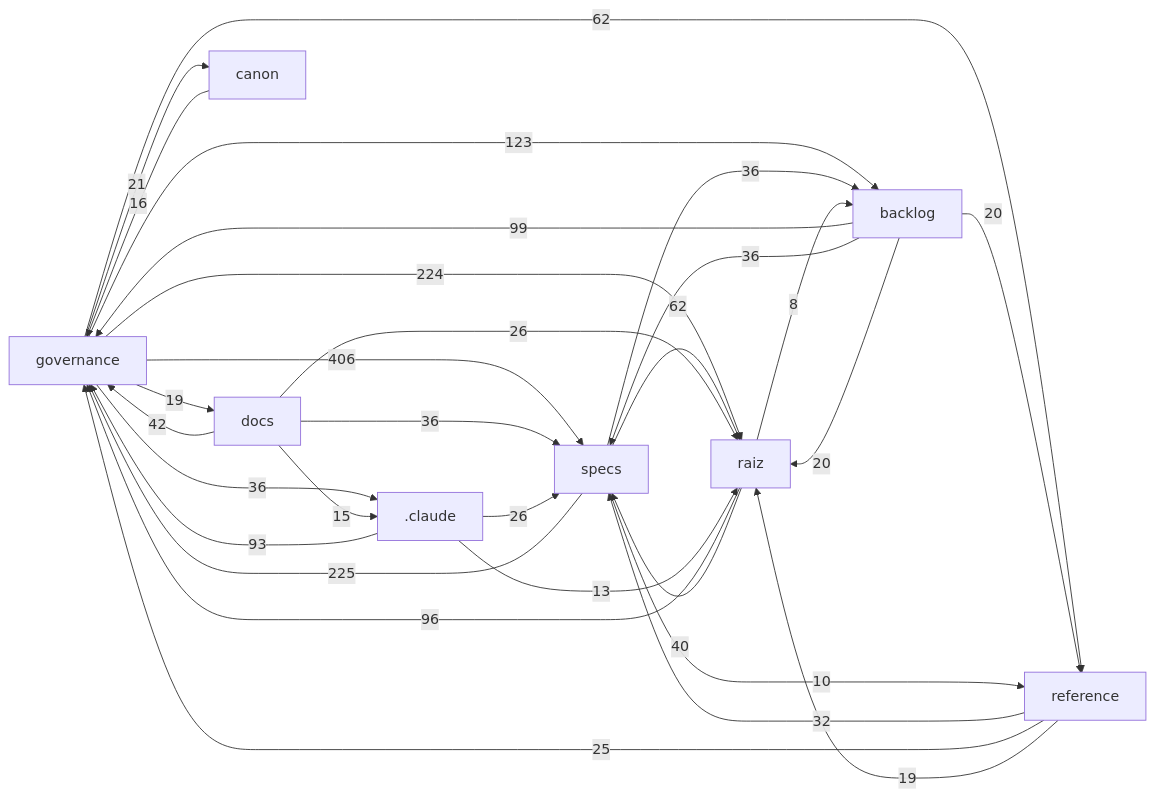
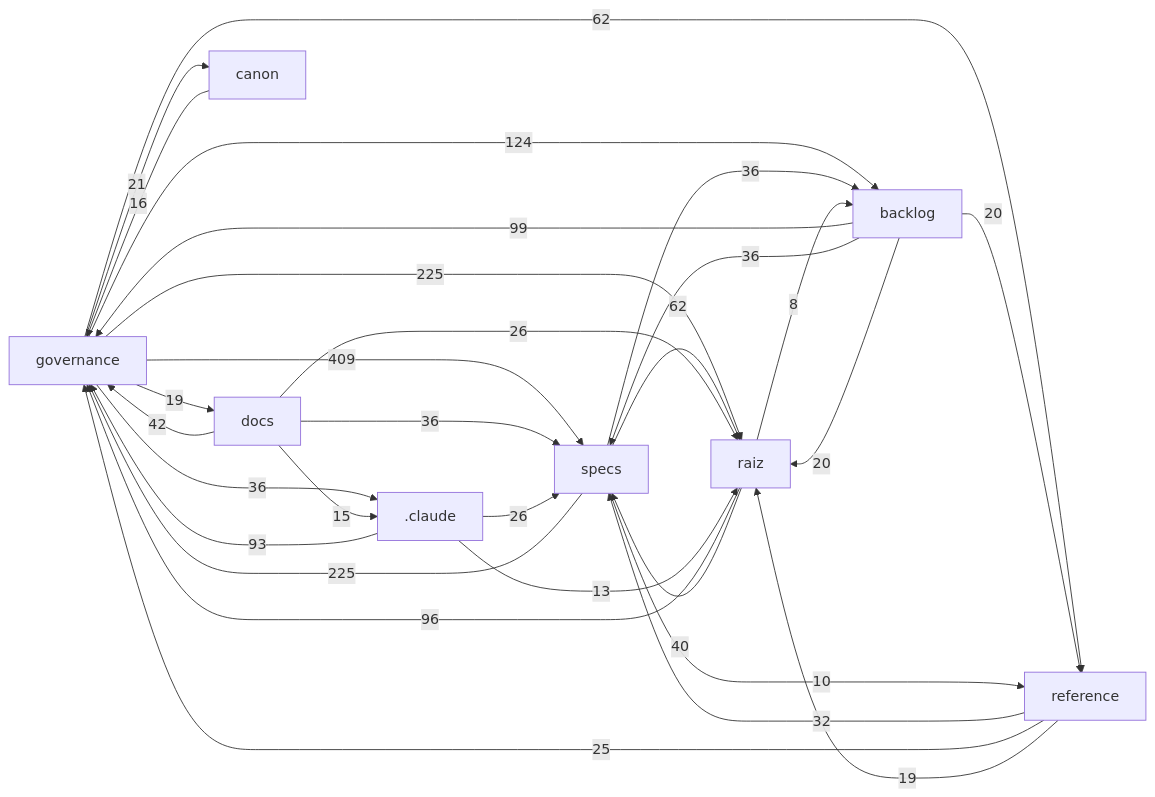
Before and after one commit to Andraus35/Sistema-Operacional-de-Trading--SOT: the diagram in docs/mapa/MAPA-PROJETO.md, drawn with Mermaid. The commit also changed other lines of this file and 1 other file, not shown here.

First line of the commit message:
docs(mapa): regenera mapa apos entrada de governance/propostas (corrige CI da main)

````diff
--- a/docs/mapa/MAPA-PROJETO.md
+++ b/docs/mapa/MAPA-PROJETO.md
@@ -29,32 +29,32 @@
 ```mermaid
 flowchart LR
-  governance["governance"] -->|406| specs["specs"]
+  governance["governance"] -->|409| specs["specs"]
+  governance["governance"] -->|225| raiz["raiz"]
   specs["specs"] -->|225| governance["governance"]
-  governance["governance"] -->|224| raiz["raiz"]
-  governance["governance"] -->|123| backlog["backlog"]
+  governance["governance"] -->|124| backlog["backlog"]
   backlog["backlog"] -->|99| governance["governance"]
   raiz["raiz"] -->|96| governance["governance"]
   _claude[".claude"] -->|93| governance["governance"]
   governance["governance"] -->|62| reference["reference"]
   specs["specs"] -->|62| raiz["raiz"]
   docs["docs"] -->|42| governance["governance"]
   raiz["raiz"] -->|40| specs["specs"]
   backlog["backlog"] -->|36| specs["specs"]
   docs["docs"] -->|36| specs["specs"]
   governance["governance"] -->|36| _claude[".claude"]
   specs["specs"] -->|36| backlog["backlog"]
   reference["reference"] -->|32| specs["specs"]
   _claude[".claude"] -->|26| specs["specs"]
   docs["docs"] -->|26| raiz["raiz"]
   reference["reference"] -->|25| governance["governance"]
   governance["governance"] -->|21| canon["canon"]
   backlog["backlog"] -->|20| raiz["raiz"]
   backlog["backlog"] -->|20| reference["reference"]
   governance["governance"] -->|19| docs["docs"]
   reference["reference"] -->|19| raiz["raiz"]
   canon["canon"] -->|16| governance["governance"]
   docs["docs"] -->|15| _claude[".claude"]
   _claude[".claude"] -->|13| raiz["raiz"]
   specs["specs"] -->|10| reference["reference"]
   raiz["raiz"] -->|8| backlog["backlog"]
 ```
````
